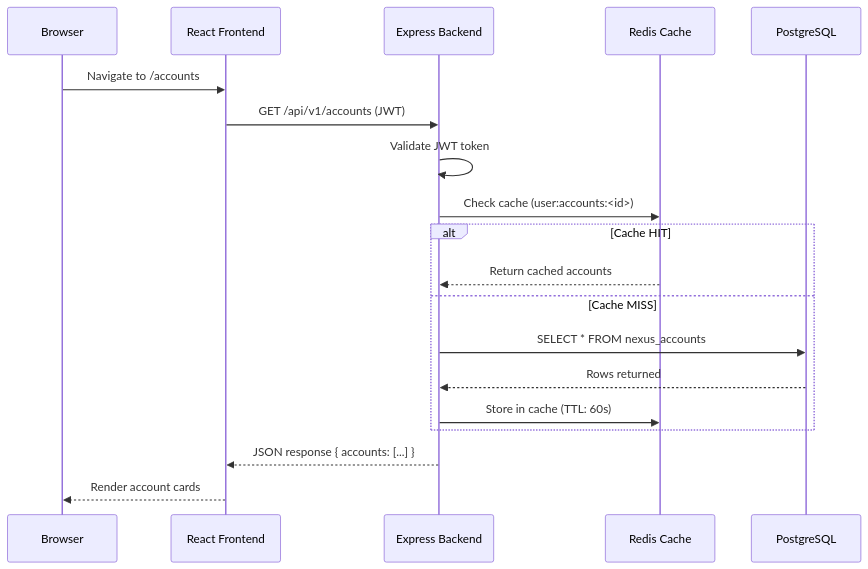
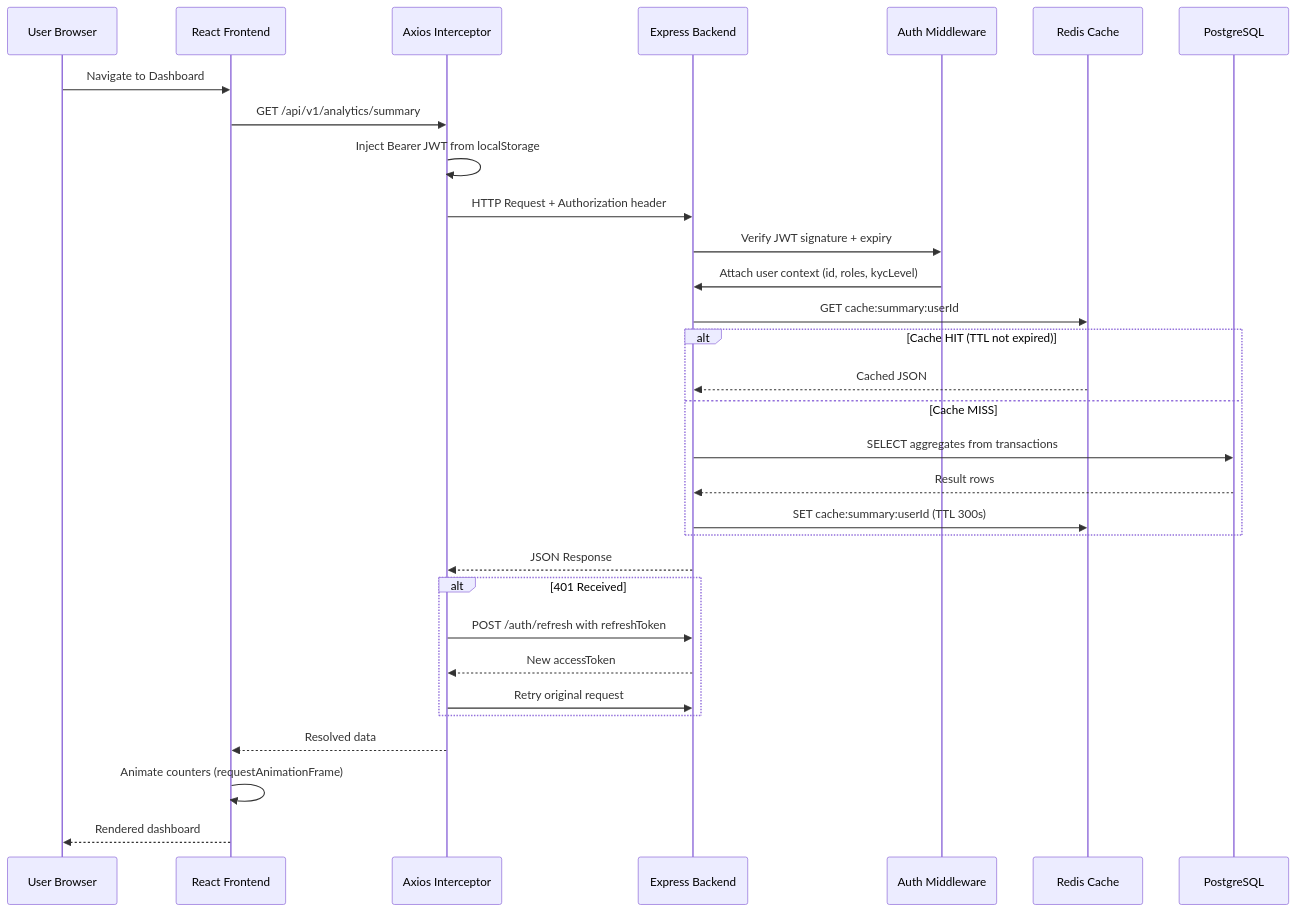
One commit to Skillfyme-R/DevOps-Capstone-Projects changed the second of 8 diagrams in Project 1/README.md. Above: the diagram before and after it, drawn with Mermaid. The commit also changed other lines of this file, not shown here.

Commit message:
docs: add enterprise-grade README for NexusFinance platform

````diff
--- a/Project 1/README.md
+++ b/Project 1/README.md
@@ -143,22 +225,34 @@
 ```mermaid
 sequenceDiagram
-    participant U as Browser
-    participant FE as React Frontend
-    participant BE as Express Backend
-    participant RD as Redis Cache
-    participant PG as PostgreSQL
+    participant U as User Browser
+    participant F as React Frontend
+    participant AX as Axios Interceptor
+    participant B as Express Backend
+    participant MW as Auth Middleware
+    participant R as Redis Cache
+    participant D as PostgreSQL
 
-    U->>FE: Navigate to /accounts
-    FE->>BE: GET /api/v1/accounts (JWT)
-    BE->>BE: Validate JWT token
-    BE->>RD: Check cache (user:accounts:<id>)
-    alt Cache HIT
-        RD-->>BE: Return cached accounts
+    U->>F: Navigate to Dashboard
+    F->>AX: GET /api/v1/analytics/summary
+    AX->>AX: Inject Bearer JWT from localStorage
+    AX->>B: HTTP Request + Authorization header
+    B->>MW: Verify JWT signature + expiry
+    MW->>B: Attach user context (id, roles, kycLevel)
+    B->>R: GET cache:summary:userId
+    alt Cache HIT (TTL not expired)
+        R-->>B: Cached JSON
     else Cache MISS
-        BE->>PG: SELECT * FROM nexus_accounts
-        PG-->>BE: Rows returned
-        BE->>RD: Store in cache (TTL: 60s)
+        B->>D: SELECT aggregates from transactions
+        D-->>B: Result rows
+        B->>R: SET cache:summary:userId (TTL 300s)
     end
-    BE-->>FE: JSON response { accounts: [...] }
-    FE-->>U: Render account cards
+    B-->>AX: JSON Response
+    alt 401 Received
+        AX->>B: POST /auth/refresh with refreshToken
+        B-->>AX: New accessToken
+        AX->>B: Retry original request
+    end
+    AX-->>F: Resolved data
+    F->>F: Animate counters (requestAnimationFrame)
+    F-->>U: Rendered dashboard
 ```
````
